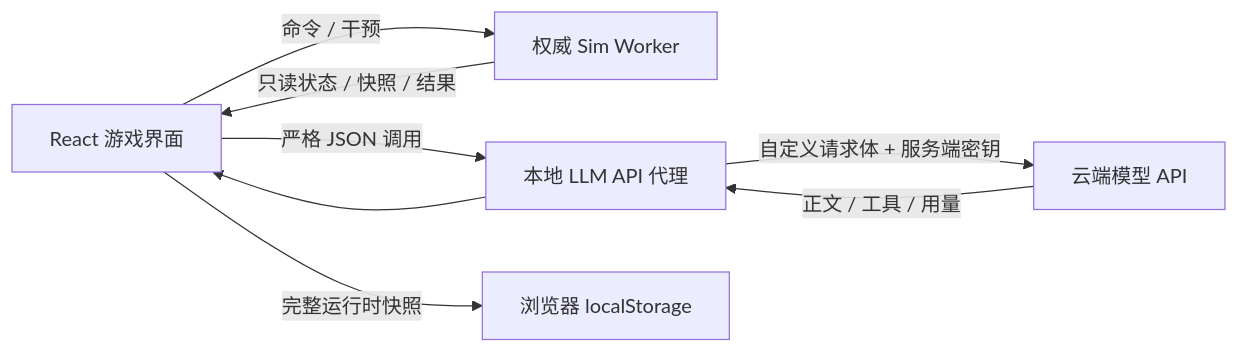
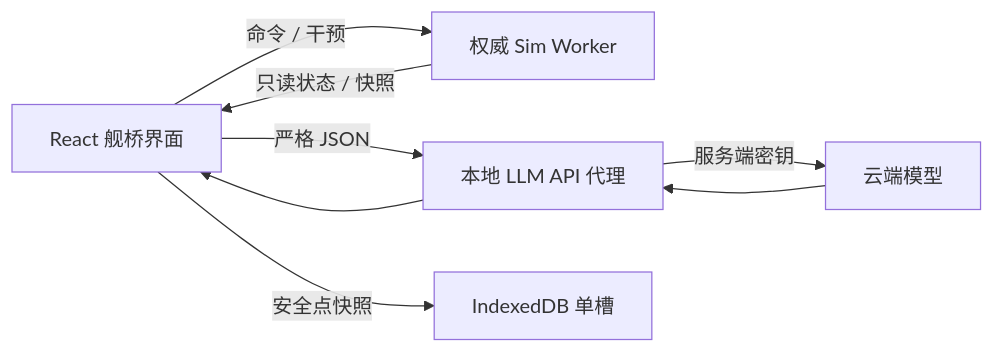
One commit to usermbzlj/ship_Y changed the diagram in README.md. Above: the diagram before and after it, drawn with Mermaid. The commit also changed other lines of this file and 109 other files, not shown here.

````diff
--- a/README.md
+++ b/README.md
@@ -318,10 +92,9 @@
 ```mermaid
 flowchart LR
-    UI["React 游戏界面"] -->|"命令 / 干预"| W["权威 Sim Worker"]
-    W -->|"只读状态 / 快照 / 结果"| UI
-    UI -->|"严格 JSON 调用"| API["本地 LLM API 代理"]
-    API -->|"自定义请求体 + 服务端密钥"| CLOUD["云端模型 API"]
-    CLOUD -->|"正文 / 工具 / 用量"| API
-    API --> UI
-    UI -->|"完整运行时快照"| SAVE["浏览器 localStorage"]
+    UI["React 舰桥界面"] -->|"命令 / 干预"| W["权威 Sim Worker"]
+    W -->|"只读状态 / 快照"| UI
+    UI -->|"严格 JSON"| API["本地 LLM API 代理"]
+    API -->|"服务端密钥"| CLOUD["云端模型"]
+    CLOUD --> API --> UI
+    UI -->|"安全点快照"| SAVE["IndexedDB 单槽"]
 ```
````
